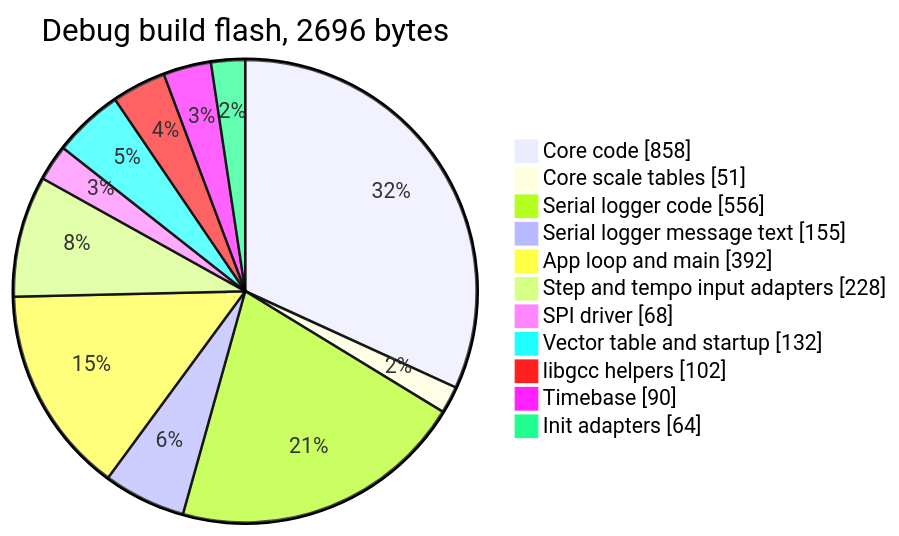
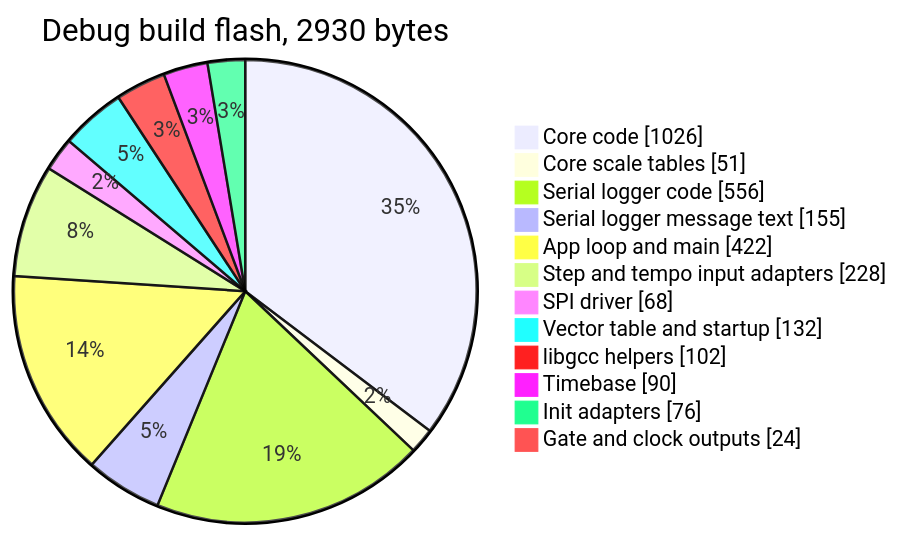
Before and after one commit to BonelessPig/nano_sequencer: diagram 19 of 20 in docs/ARCHITECTURE.md, drawn with Mermaid. The commit also changed other lines of this file and 33 other files, not shown here.

First line of the commit message:
Phase 3: gate and clock outputs

````diff
--- a/docs/ARCHITECTURE.md
+++ b/docs/ARCHITECTURE.md
@@ -658,15 +721,16 @@
 ```mermaid
 pie showData
-    title Debug build flash, 2696 bytes
-    "Core code" : 858
+    title Debug build flash, 2930 bytes
+    "Core code" : 1026
     "Core scale tables" : 51
     "Serial logger code" : 556
     "Serial logger message text" : 155
-    "App loop and main" : 392
+    "App loop and main" : 422
     "Step and tempo input adapters" : 228
     "SPI driver" : 68
     "Vector table and startup" : 132
     "libgcc helpers" : 102
     "Timebase" : 90
-    "Init adapters" : 64
+    "Init adapters" : 76
+    "Gate and clock outputs" : 24
 ```
````
